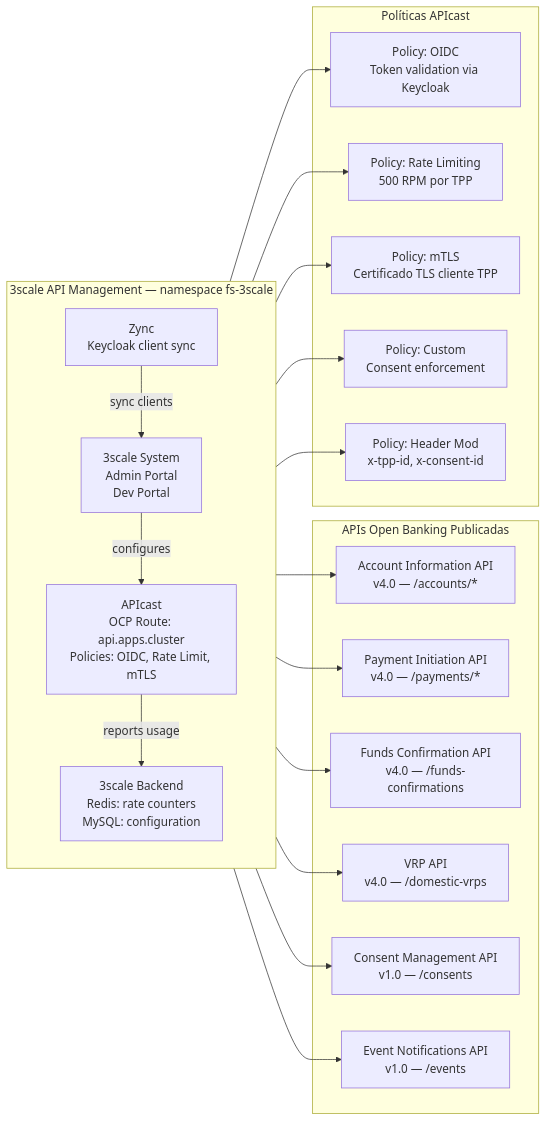
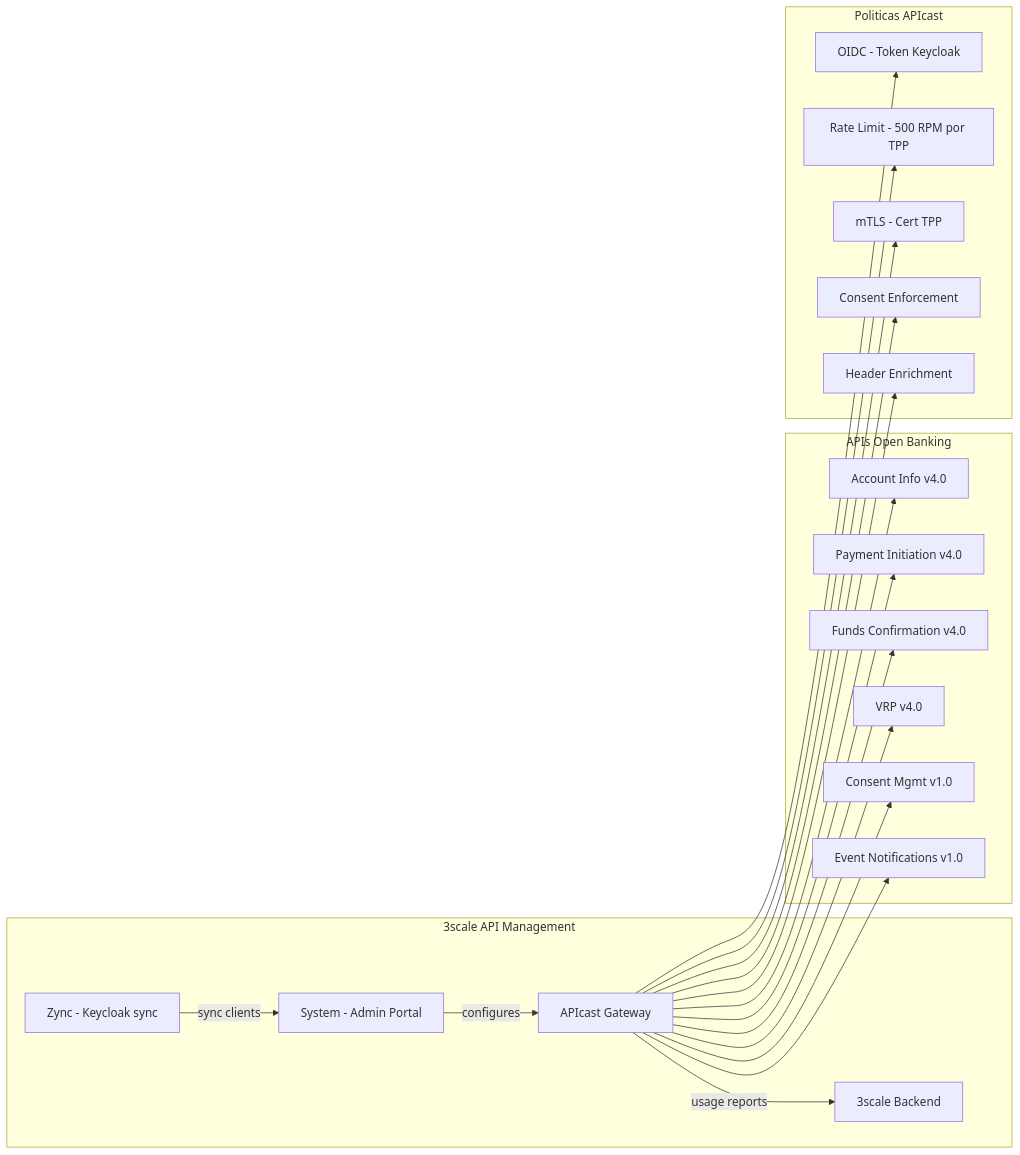
Before and after one commit to garzontaleroj/financial-services-accelerator-local: the sixth of 8 diagrams in docs/architecture/open-banking-rh-reference-architecture.md, drawn with Mermaid. The commit also changed other lines of this file, not shown here.

First line of the commit message:
fix(architecture): correct all Mermaid syntax errors in reference architecture

````diff
--- a/docs/architecture/open-banking-rh-reference-architecture.md
+++ b/docs/architecture/open-banking-rh-reference-architecture.md
@@ -497,44 +497,42 @@
 ```mermaid
-graph LR
-    subgraph "3scale API Management — namespace fs-3scale"
-        direction TB
-        APICAST[APIcast\nOCP Route: api.apps.cluster\nPolicies: OIDC, Rate Limit, mTLS]
-        BACKEND[3scale Backend\nRedis: rate counters\nMySQL: configuration]
-        SYSTEM[3scale System\nAdmin Portal\nDev Portal]
-        ZYNC2[Zync\nKeycloak client sync]
-
-        APICAST -->|reports usage| BACKEND
+flowchart LR
+    subgraph S1[3scale API Management]
+        APICAST[APIcast Gateway]
+        BACKEND[3scale Backend]
+        SYSTEM[System - Admin Portal]
+        ZYNC2[Zync - Keycloak sync]
+        APICAST -->|usage reports| BACKEND
         SYSTEM -->|configures| APICAST
         ZYNC2 -->|sync clients| SYSTEM
     end
 
-    subgraph "APIs Open Banking Publicadas"
-        API_ACC[Account Information API\nv4.0 — /accounts/*]
-        API_PAY[Payment Initiation API\nv4.0 — /payments/*]
-        API_FUNDS[Funds Confirmation API\nv4.0 — /funds-confirmations]
-        API_VRP[VRP API\nv4.0 — /domestic-vrps]
-        API_CONSENT[Consent Management API\nv1.0 — /consents]
-        API_EVENTS[Event Notifications API\nv1.0 — /events]
+    subgraph S2[APIs Open Banking]
+        API_ACC[Account Info v4.0]
+        API_PAY[Payment Initiation v4.0]
+        API_FUNDS[Funds Confirmation v4.0]
+        API_VRP[VRP v4.0]
+        API_CONSENT[Consent Mgmt v1.0]
+        API_EVENTS[Event Notifications v1.0]
     end
 
-    subgraph "Políticas APIcast"
-        POL_OIDC[Policy: OIDC\nToken validation via Keycloak]
-        POL_RATE[Policy: Rate Limiting\n500 RPM por TPP]
-        POL_MTLS[Policy: mTLS\nCertificado TLS cliente TPP]
-        POL_CONSENT[Policy: Custom\nConsent enforcement]
-        POL_HEADER[Policy: Header Mod\nx-tpp-id, x-consent-id]
+    subgraph S3[Politicas APIcast]
+        POL_OIDC[OIDC - Token Keycloak]
+        POL_RATE[Rate Limit - 500 RPM por TPP]
+        POL_MTLS[mTLS - Cert TPP]
+        POL_CONSENT[Consent Enforcement]
+        POL_HEADER[Header Enrichment]
     end
 
     APICAST --> API_ACC
     APICAST --> API_PAY
     APICAST --> API_FUNDS
     APICAST --> API_VRP
     APICAST --> API_CONSENT
     APICAST --> API_EVENTS
 
     APICAST --> POL_OIDC
     APICAST --> POL_RATE
     APICAST --> POL_MTLS
     APICAST --> POL_CONSENT
     APICAST --> POL_HEADER
 ```
````
